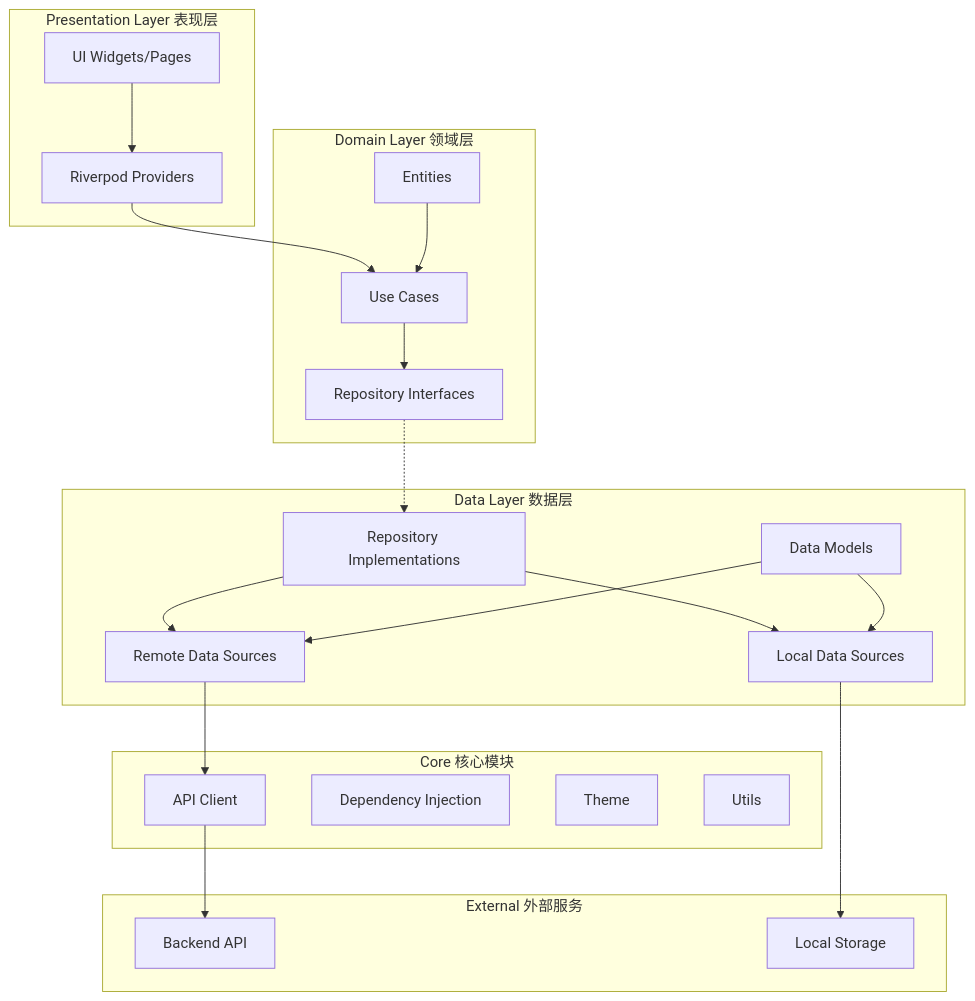
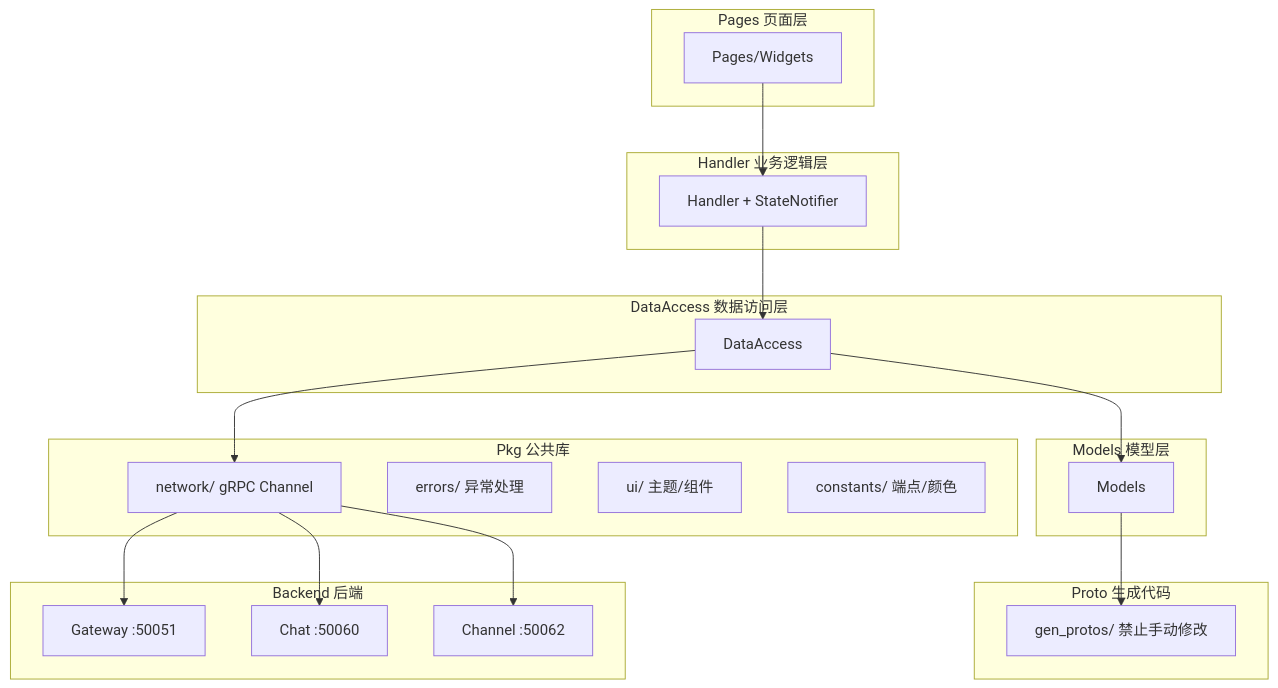
Before and after one commit to funcdfs/lesser: the first of 6 diagrams in client/mobile_flutter/docs/architecture_flow.md, drawn with Mermaid. The commit also changed other lines of this file and 243 other files, not shown here.

````diff
--- a/client/mobile_flutter/docs/architecture_flow.md
+++ b/client/mobile_flutter/docs/architecture_flow.md
@@ -5,46 +5,44 @@
 ```mermaid
 graph TB
-    subgraph "Presentation Layer 表现层"
-        UI[UI Widgets/Pages]
-        Provider[Riverpod Providers]
+    subgraph "Pages 页面层"
+        UI[Pages/Widgets]
     end
     
-    subgraph "Domain Layer 领域层"
-        UseCase[Use Cases]
-        Entity[Entities]
-        RepoInterface[Repository Interfaces]
+    subgraph "Handler 业务逻辑层"
+        Handler[Handler + StateNotifier]
     end
     
-    subgraph "Data Layer 数据层"
-        RepoImpl[Repository Implementations]
-        RemoteDS[Remote Data Sources]
-        LocalDS[Local Data Sources]
-        Model[Data Models]
+    subgraph "DataAccess 数据访问层"
+        DA[DataAccess]
     end
     
-    subgraph "Core 核心模块"
-        API[API Client]
-        DI[Dependency Injection]
-        Theme[Theme]
-        Utils[Utils]
+    subgraph "Models 模型层"
+        Model[Models]
     end
     
-    subgraph "External 外部服务"
-        Backend[Backend API]
-        LocalStorage[Local Storage]
+    subgraph "Pkg 公共库"
+        Network[network/ gRPC Channel]
+        Errors[errors/ 异常处理]
+        UI_Pkg[ui/ 主题/组件]
+        Constants[constants/ 端点/颜色]
     end
     
-    UI --> Provider
-    Provider --> UseCase
-    UseCase --> RepoInterface
-    RepoInterface -.-> RepoImpl
-    RepoImpl --> RemoteDS
-    RepoImpl --> LocalDS
-    RemoteDS --> API
-    LocalDS --> LocalStorage
-    API --> Backend
+    subgraph "Proto 生成代码"
+        Proto[gen_protos/ 禁止手动修改]
+    end
     
-    Model --> RemoteDS
-    Model --> LocalDS
-    Entity --> UseCase
+    subgraph "Backend 后端"
+        Gateway[Gateway :50051]
+        Chat[Chat :50060]
+        Channel[Channel :50062]
+    end
+    
+    UI --> Handler
+    Handler --> DA
+    DA --> Model
+    Model --> Proto
+    DA --> Network
+    Network --> Gateway
+    Network --> Chat
+    Network --> Channel
 ```
````
